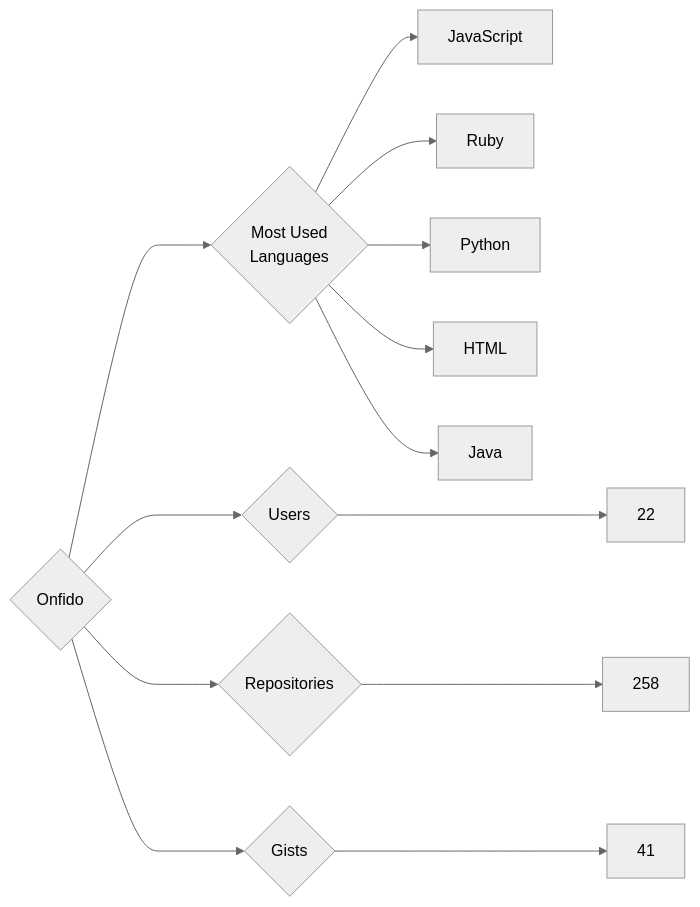
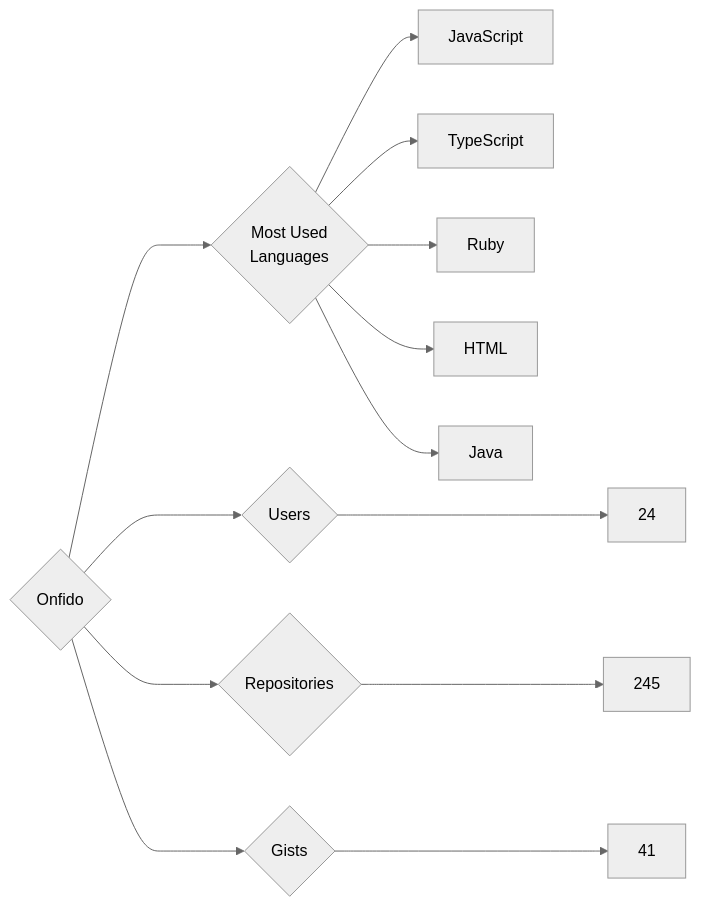
Before and after one commit to trickest/insiders: the diagram in targets/Onfido/README.md, drawn with Mermaid (neutral theme). The commit also changed 682 other files, not shown here.

````diff
--- a/targets/Onfido/README.md
+++ b/targets/Onfido/README.md
@@ -3,13 +3,13 @@
 ```mermaid
 graph LR
 COMPANY_NAME{Onfido}
-COMPANY_NAME ---> U{Users} ---> UN[22]
-COMPANY_NAME ---> R{Repositories} ---> RN[258]
+COMPANY_NAME ---> U{Users} ---> UN[24]
+COMPANY_NAME ---> R{Repositories} ---> RN[245]
 COMPANY_NAME ---> G{Gists} ---> GN[41]
 COMPANY_NAME ---> ML{Most Used<br>Languages}
 ML --> JavaScript[JavaScript]
+ML --> TypeScript[TypeScript]
 ML --> Ruby[Ruby]
-ML --> Python[Python]
 ML --> HTML[HTML]
 ML --> Java[Java]
 ```
````
